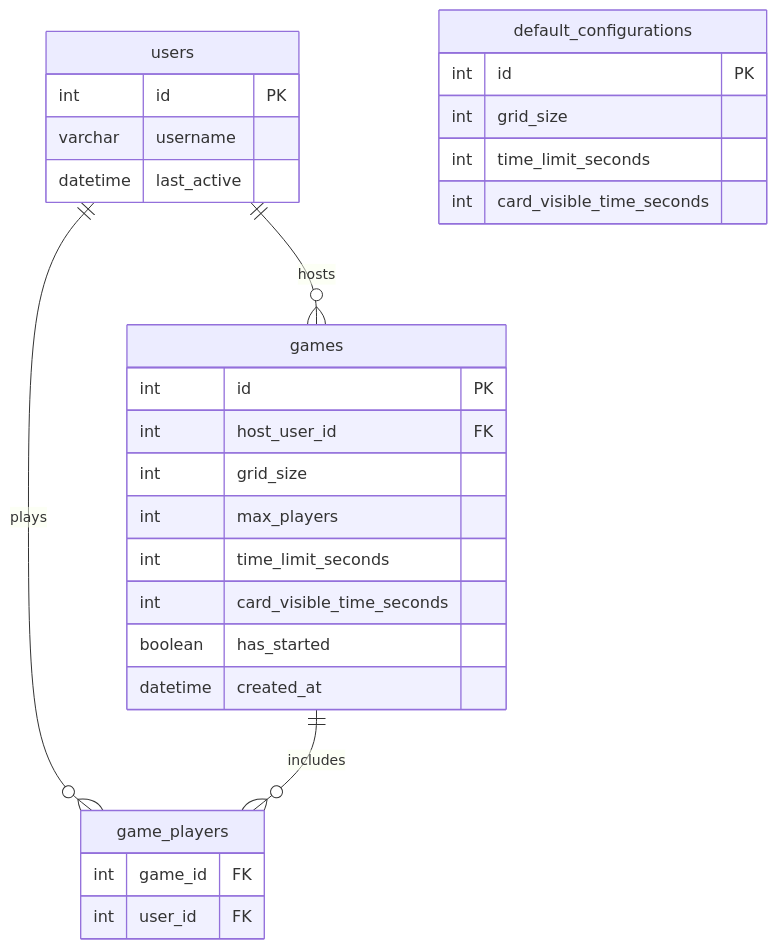
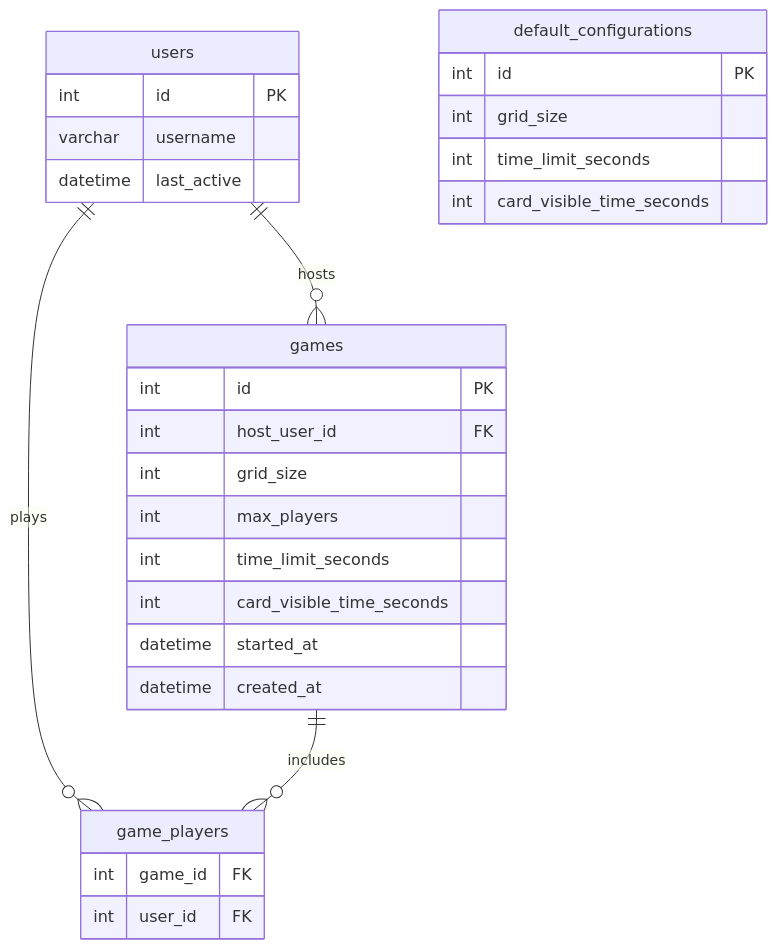
Before and after one commit to developer239/pexeso: the diagram in docs/DB_SCHEMA.md, drawn with Mermaid. The commit also changed 20 other files, not shown here.

````diff
--- a/docs/DB_SCHEMA.md
+++ b/docs/DB_SCHEMA.md
@@ -3,35 +3,35 @@
 ```mermaid
 erDiagram
     users {
         int id PK
         varchar username
         datetime last_active
     }
 
     games {
         int id PK
         int host_user_id FK
         int grid_size
         int max_players
         int time_limit_seconds
         int card_visible_time_seconds
-        boolean has_started
+        datetime started_at
         datetime created_at
     }
 
     default_configurations {
         int id PK
         int grid_size
         int time_limit_seconds
         int card_visible_time_seconds
     }
 
     game_players {
         int game_id FK
         int user_id FK
     }
 
     users ||--o{ games: "hosts"
     users ||--o{ game_players: "plays"
     games ||--o{ game_players: "includes"
 ```
````
